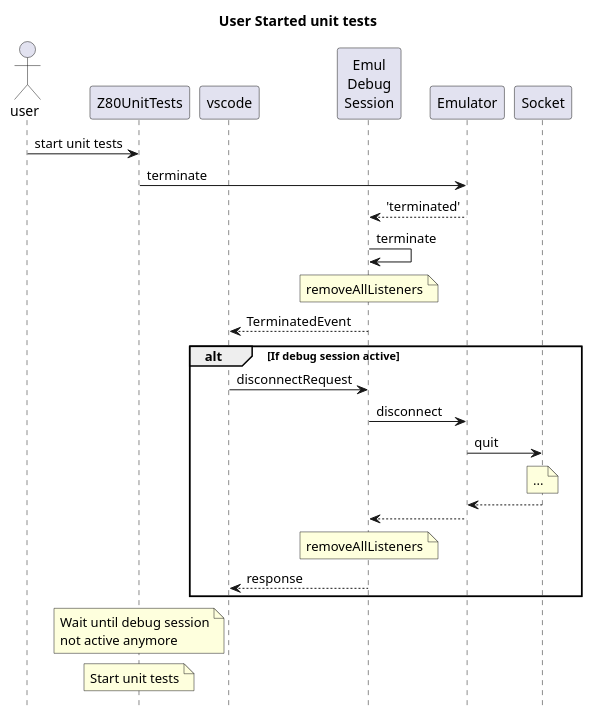
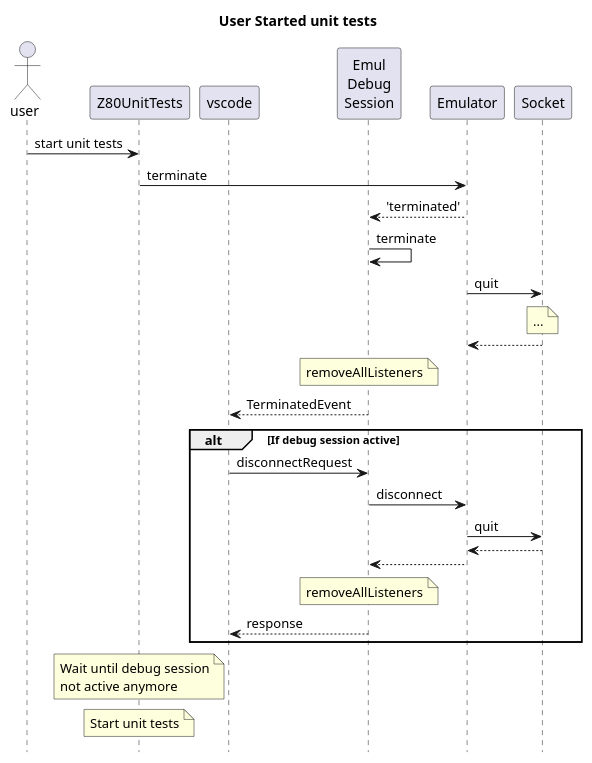
The eighth of 9 diagrams in design/design.md (maziac/DeZog), drawn with PlantUML before and after one commit. The commit also changed 4 other files, not shown here.

````diff
--- a/design/design.md
+++ b/design/design.md
@@ -392,38 +392,42 @@
 ```puml
 hide footbox
 title User Started unit tests
 actor user
 participant Z80UnitTests as unittest
 participant vscode
 participant "Emul\nDebug\nSession" as session
 participant "Emulator" as emul
 participant "Socket" as socket
 'participant "ZEsarUX" as zesarux
 
 user -> unittest: start unit tests
 unittest -> emul: terminate
 
 session <-- emul: 'terminated'
 session -> session: terminate
 
+emul -> socket: quit
+note over socket: ...
+emul <-- socket
+
 note over session: removeAllListeners
 vscode <-- session: TerminatedEvent
 
 alt If debug session active
 
 vscode -> session: disconnectRequest
 session -> emul: disconnect
 emul -> socket: quit
-note over socket: ...
+'note over socket: ...
 emul <-- socket
 
 session <-- emul
 note over session: removeAllListeners
 vscode <-- session: response
 
 end
 
 note over unittest: Wait until debug session\nnot active anymore
 note over unittest: Start unit tests
 
 ```
````
